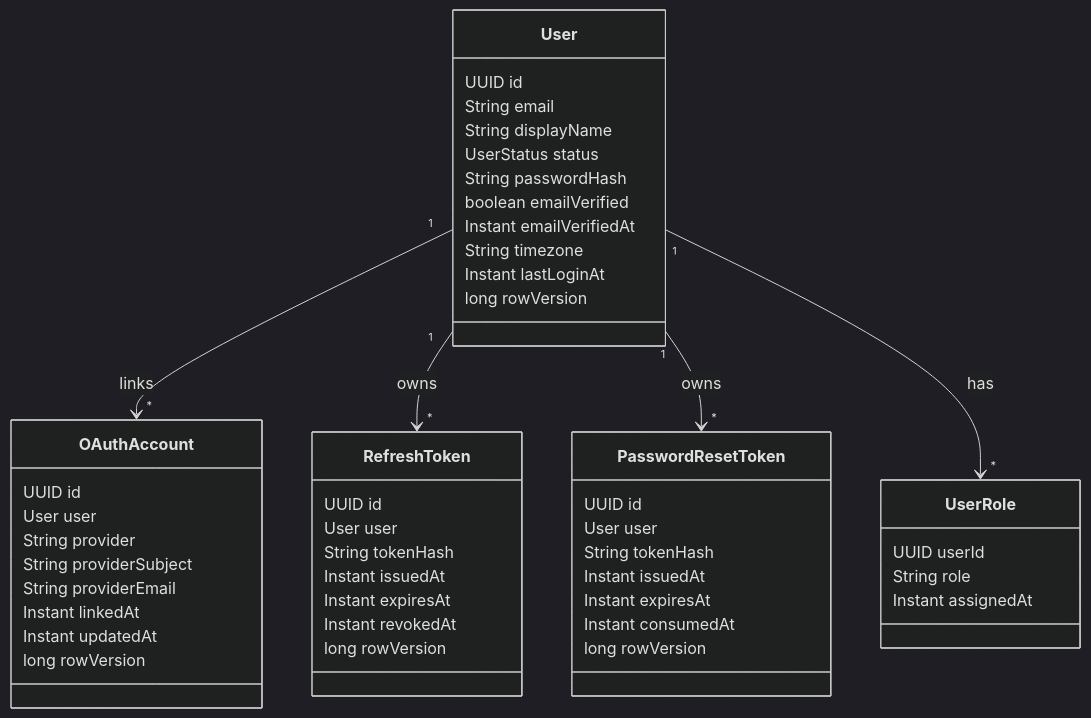
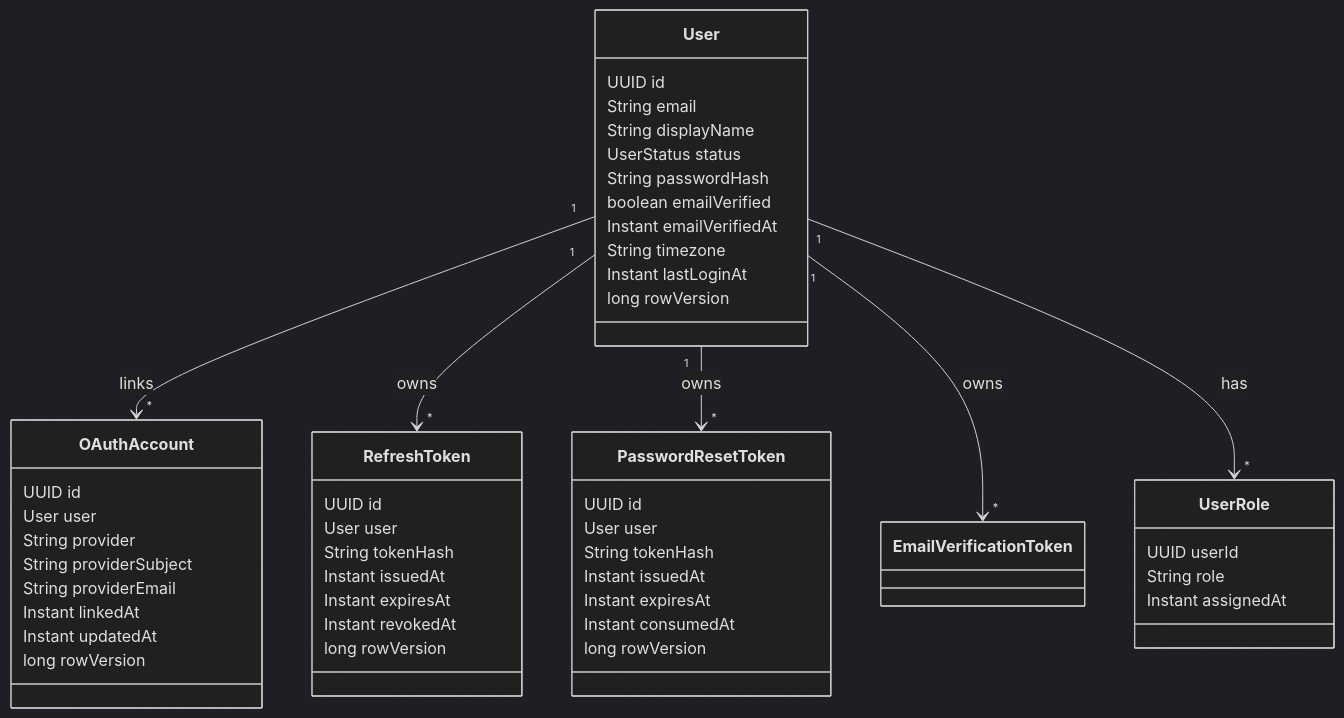
One commit to nitrogen-nit/nitrogen-backend changed the first of 5 diagrams in docs/design/identity.md. Above: the diagram before and after it, drawn with Mermaid (dark theme). The commit also changed other lines of this file and 50 other files, not shown here.

````diff
--- a/docs/design/identity.md
+++ b/docs/design/identity.md
@@ -12,57 +14,58 @@
 ```mermaid
 classDiagram
     User "1" --> "*" OAuthAccount : links
     User "1" --> "*" RefreshToken : owns
     User "1" --> "*" PasswordResetToken : owns
+    User "1" --> "*" EmailVerificationToken : owns
     User "1" --> "*" UserRole : has
 
     class User {
         UUID id
         String email
         String displayName
         UserStatus status
         String passwordHash
         boolean emailVerified
         Instant emailVerifiedAt
         String timezone
         Instant lastLoginAt
         long rowVersion
     }
 
     class UserRole {
         UUID userId
         String role
         Instant assignedAt
     }
 
     class OAuthAccount {
         UUID id
         User user
         String provider
         String providerSubject
         String providerEmail
         Instant linkedAt
         Instant updatedAt
         long rowVersion
     }
 
     class RefreshToken {
         UUID id
         User user
         String tokenHash
         Instant issuedAt
         Instant expiresAt
         Instant revokedAt
         long rowVersion
     }
 
     class PasswordResetToken {
         UUID id
         User user
         String tokenHash
         Instant issuedAt
         Instant expiresAt
         Instant consumedAt
         long rowVersion
     }
 ```
````
